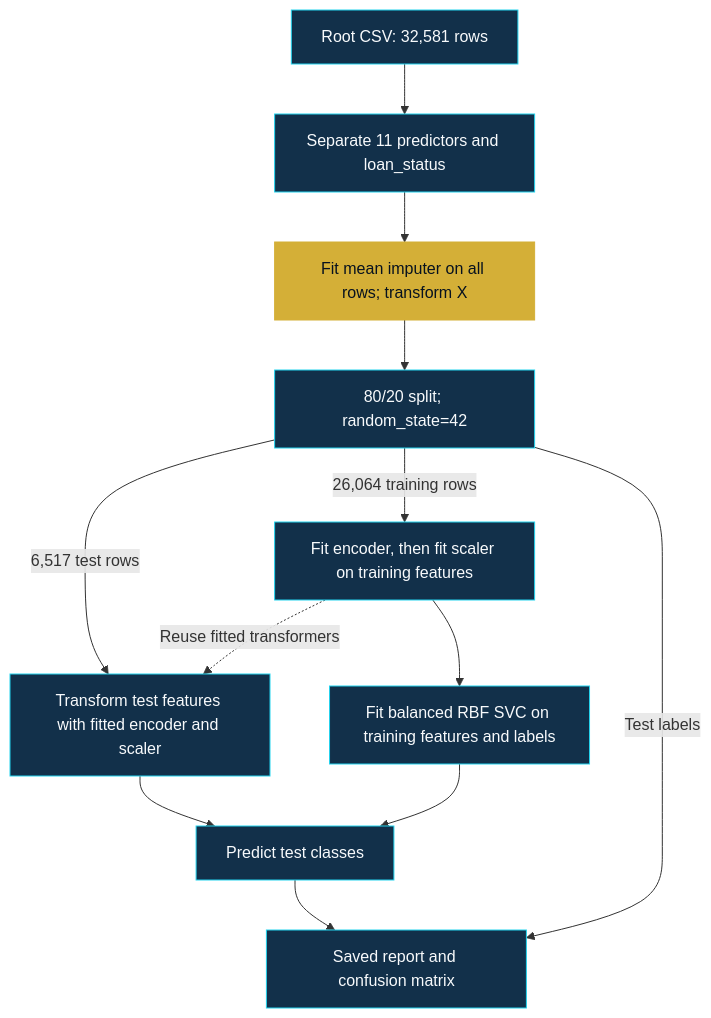
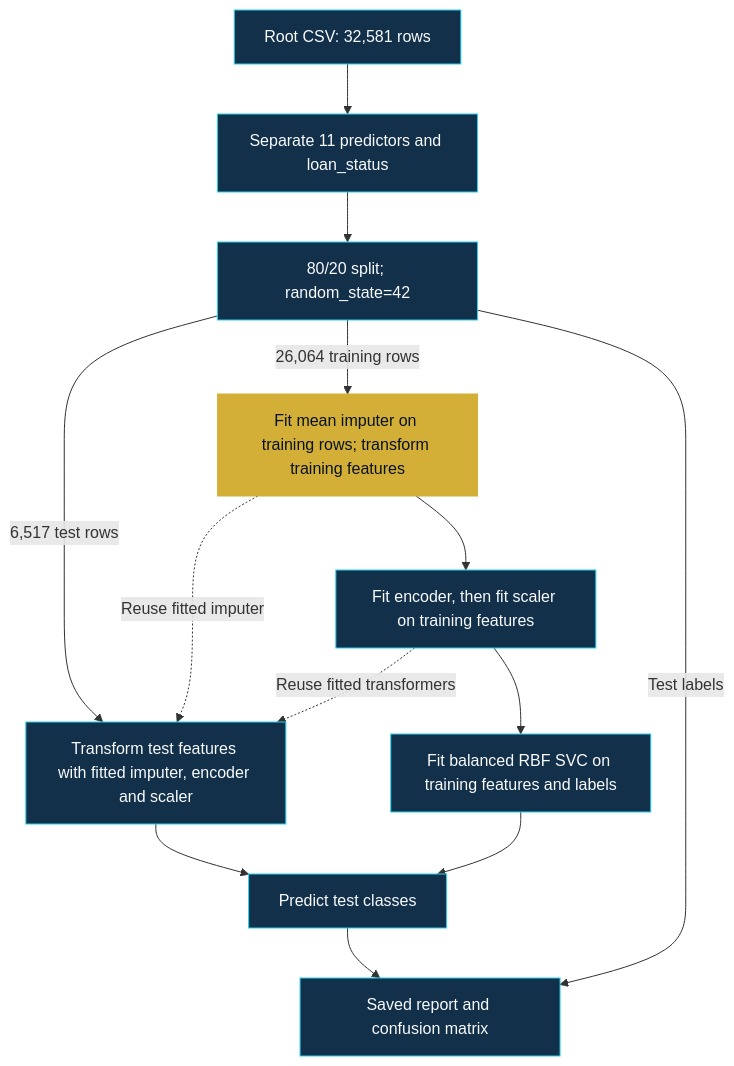
Before and after one commit to khaled-amireh/Bank-Loan-Prediction: the diagram in README.md, drawn with Mermaid. The commit also changed other lines of this file and 7 other files, not shown here.

````diff
--- a/README.md
+++ b/README.md
@@ -69,18 +69,19 @@
 ```mermaid
 flowchart TD
     A["Root CSV: 32,581 rows"] --> B["Separate 11 predictors and loan_status"]
-    B --> C["Fit mean imputer on all rows; transform X"]
-    C --> D["80/20 split; random_state=42"]
-    D -->|26,064 training rows| E["Fit encoder, then fit scaler on training features"]
-    D -->|6,517 test rows| F["Transform test features with fitted encoder and scaler"]
+    B --> D["80/20 split; random_state=42"]
+    D -->|26,064 training rows| C["Fit mean imputer on training rows; transform training features"]
+    C --> E["Fit encoder, then fit scaler on training features"]
+    D -->|6,517 test rows| F["Transform test features with fitted imputer, encoder and scaler"]
+    C -.->|Reuse fitted imputer| F
     E -.->|Reuse fitted transformers| F
     E --> G["Fit balanced RBF SVC on training features and labels"]
     F --> H["Predict test classes"]
     G --> H
     H --> I["Saved report and confusion matrix"]
     D -->|Test labels| I
     classDef step fill:#12304A,stroke:#22D3EE,color:#F8FAFC;
-    classDef limitation fill:#D4AF37,stroke:#D4AF37,color:#07121F;
+    classDef imputation fill:#D4AF37,stroke:#D4AF37,color:#07121F;
     class A,B,D,E,F,G,H,I step;
-    class C limitation;
+    class C imputation;
 ```
````
